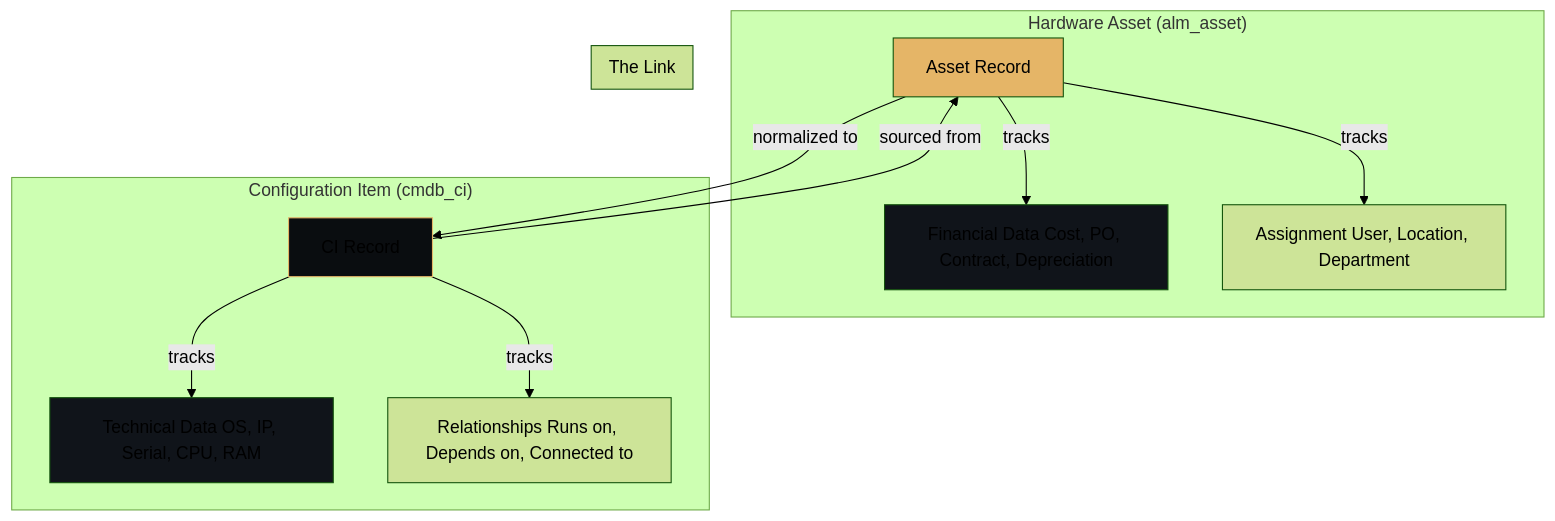
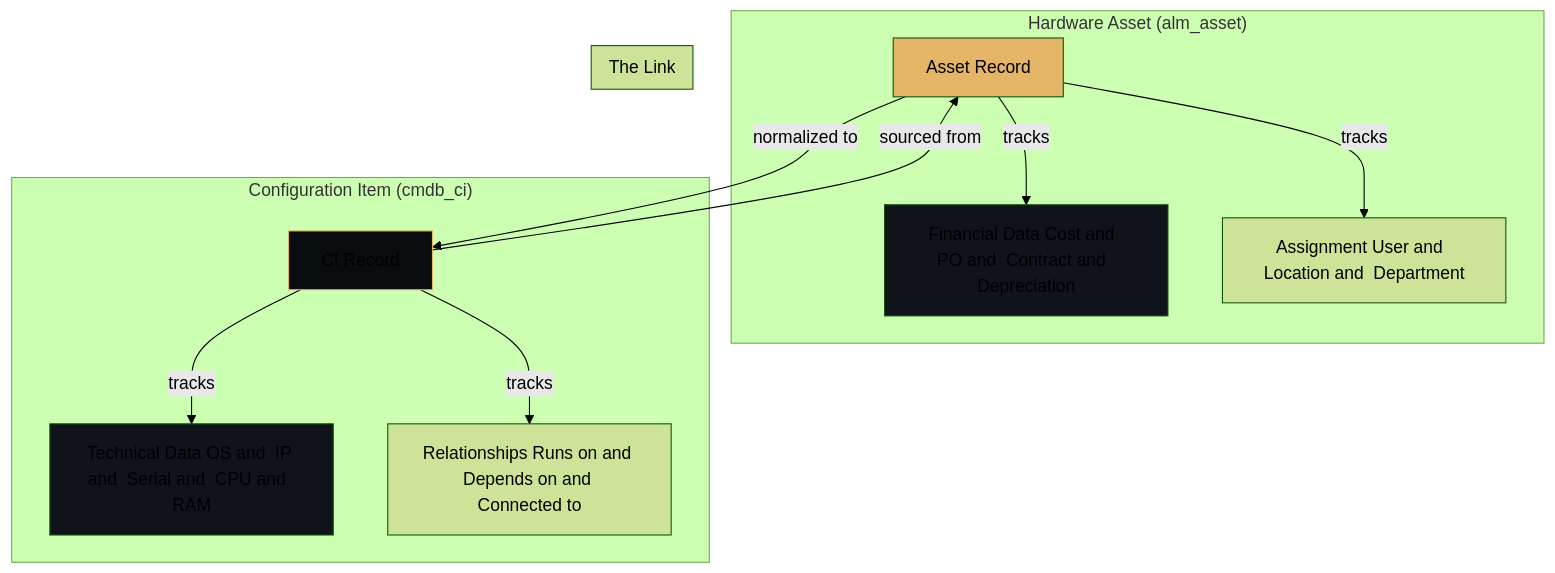
Before and after one commit to eltonaguiar/ServiceNow_Learning_TSOM-_CSM_FSM_SalesCRM_HAM_ITSM: the second of 9 diagrams in docs/modules/ham/ham-guide.md, drawn with Mermaid (forest theme). The commit also changed other lines of this file and 19 other files, not shown here.

Commit message:
Fix all Mermaid diagram special characters - replace dollar, parens, slashes, quotes, pipes, nested brackets and other unsafe chars inside brackets with safe alternatives across 19 files

````diff
--- a/docs/modules/ham/ham-guide.md
+++ b/docs/modules/ham/ham-guide.md
@@ -162,25 +162,25 @@
 ```mermaid
 graph TD
     subgraph "Hardware Asset (alm_asset)"
         asset[Asset Record]
-        asset -->|tracks| financial[Financial Data Cost, PO, Contract, Depreciation]
-        asset -->|tracks| assignment[Assignment User, Location, Department]
+        asset -->|tracks| financial[Financial Data Cost and  PO and  Contract and  Depreciation]
+        asset -->|tracks| assignment[Assignment User and  Location and  Department]
     end
     
     subgraph "Configuration Item (cmdb_ci)"
         ci[CI Record]
-        ci -->|tracks| technical[Technical Data OS, IP, Serial, CPU, RAM]
-        ci -->|tracks| relationships[Relationships Runs on, Depends on, Connected to]
+        ci -->|tracks| technical[Technical Data OS and  IP and  Serial and  CPU and  RAM]
+        ci -->|tracks| relationships[Relationships Runs on and  Depends on and  Connected to]
     end
     
     subgraph "The Link"
         asset -->|normalized to| ci
         ci -->|sourced from| asset
     end
 
     style asset fill:#e5b567,color:#000
     style ci fill:#0a0d10,stroke:#e5b567
     style financial fill:#10141a
     style technical fill:#10141a
 
 ```
````
